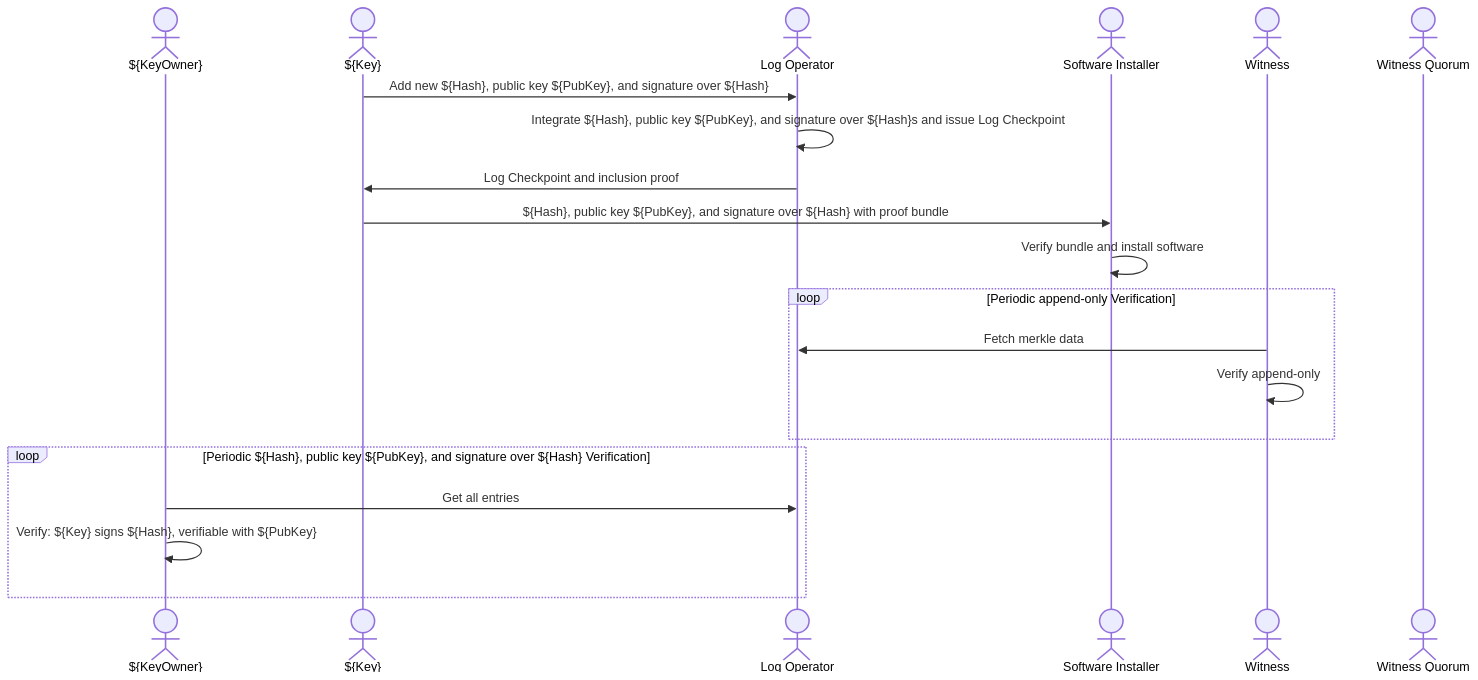
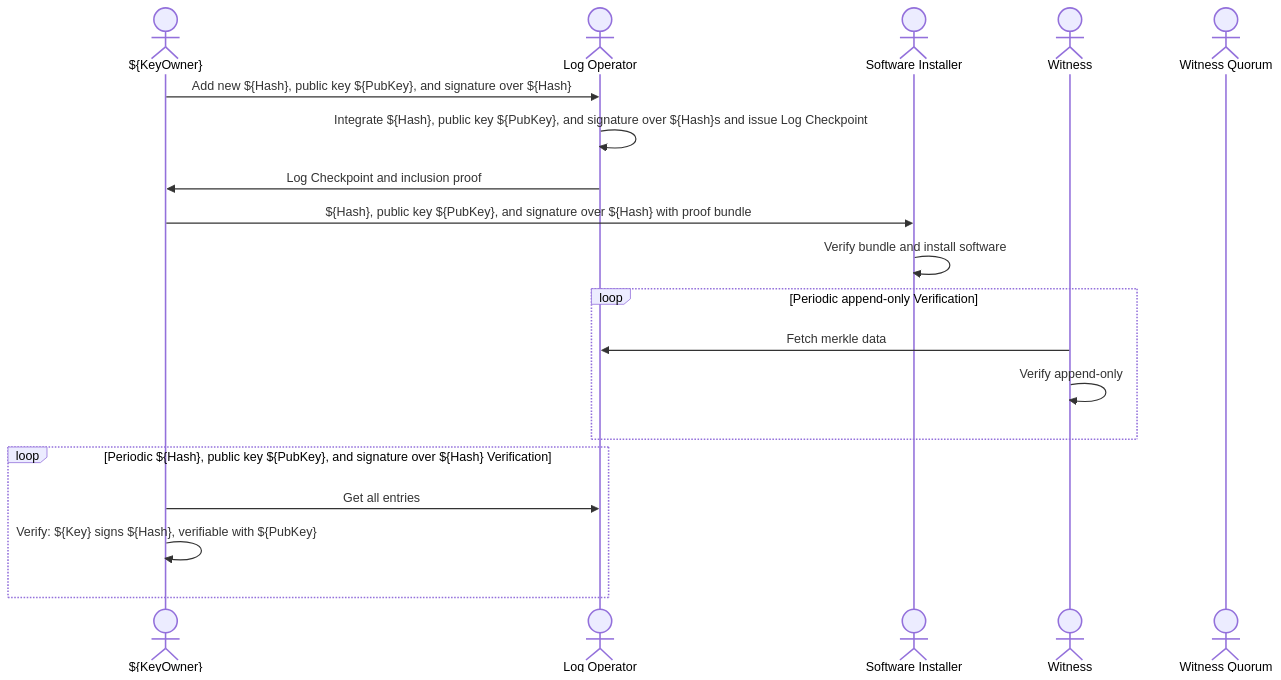
One commit to sigstore/community changed the diagram in docs/claimantmodel/rekor/key/logsequence.md. Above: the diagram before and after it, drawn with Mermaid. The commit also changed 15 other files, not shown here.

Commit message:
Update claimant to id/key owner

````diff
--- a/docs/claimantmodel/rekor/key/logsequence.md
+++ b/docs/claimantmodel/rekor/key/logsequence.md
@@ -4,22 +4,21 @@
 ```mermaid
 sequenceDiagram
     actor ${KeyOwner}
-    actor ${Key}
     actor Log Operator
     actor Software Installer
     actor Witness
     actor Witness Quorum
-    ${Key}->>Log Operator: Add new ${Hash}, public key ${PubKey}, and signature over ${Hash}
+    ${KeyOwner}->>Log Operator: Add new ${Hash}, public key ${PubKey}, and signature over ${Hash}
     Log Operator->>Log Operator: Integrate ${Hash}, public key ${PubKey}, and signature over ${Hash}s and issue Log Checkpoint
-    Log Operator->>${Key}: Log Checkpoint and inclusion proof
-    ${Key}->>Software Installer: ${Hash}, public key ${PubKey}, and signature over ${Hash} with proof bundle
+    Log Operator->>${KeyOwner}: Log Checkpoint and inclusion proof
+    ${KeyOwner}->>Software Installer: ${Hash}, public key ${PubKey}, and signature over ${Hash} with proof bundle
     Software Installer->>Software Installer: Verify bundle and install software
     loop Periodic append-only Verification
         Witness->>Log Operator: Fetch merkle data
         Witness->>Witness: Verify append-only
     end
     loop Periodic ${Hash}, public key ${PubKey}, and signature over ${Hash} Verification
         ${KeyOwner}->>Log Operator: Get all entries
         ${KeyOwner}->>${KeyOwner}: Verify: ${Key} signs ${Hash}, verifiable with ${PubKey}
     end
 ```
````
